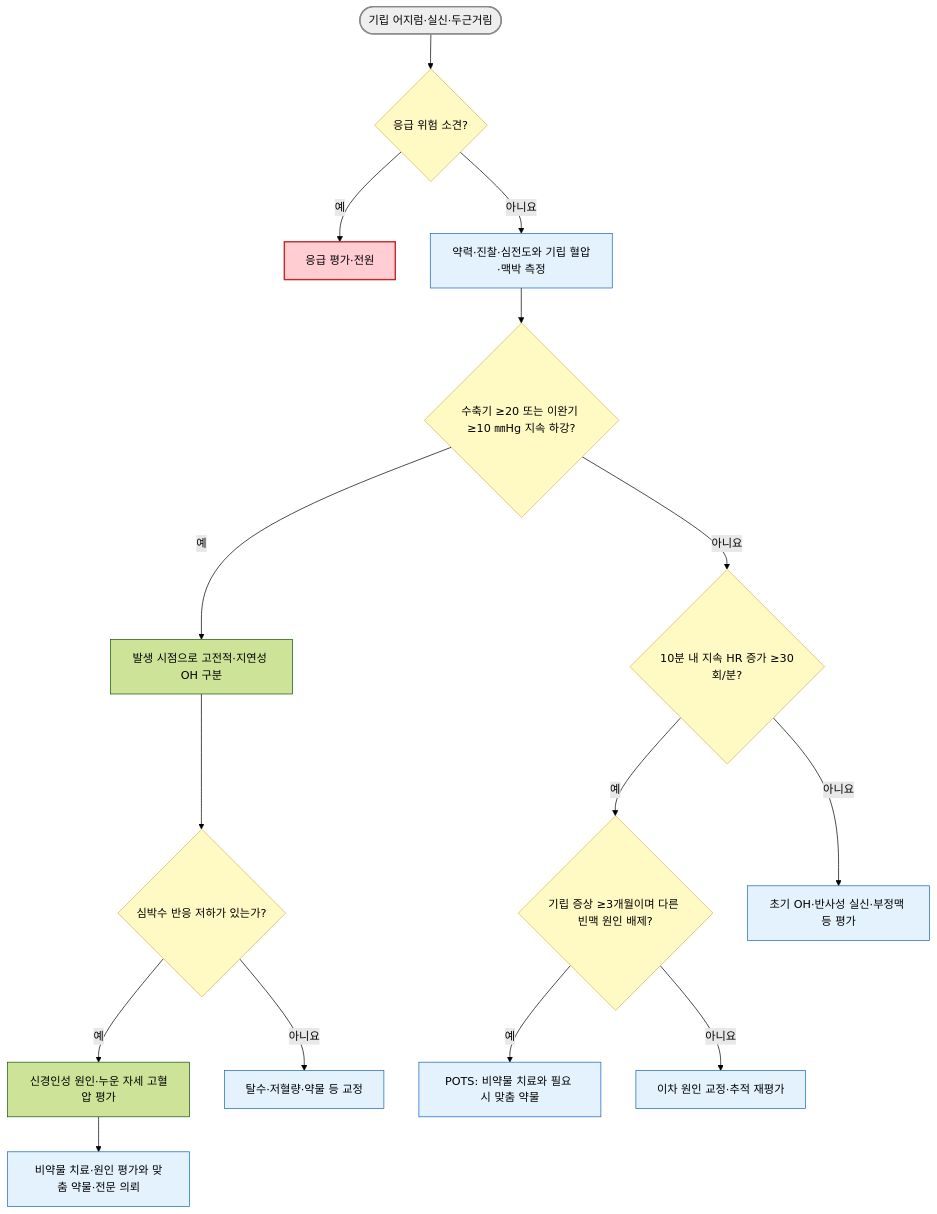
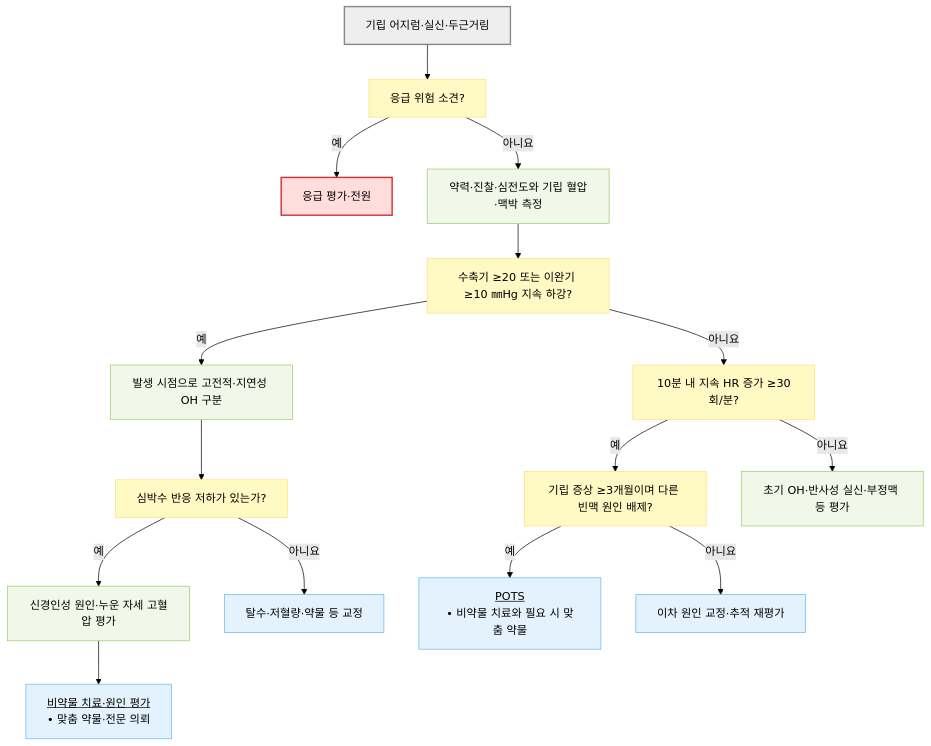
One commit to familyoh77/familyoh77 changed the diagram in 221_/030_-autonomic-dysfunction.md. Above: the diagram before and after it, drawn with Mermaid (forest theme). The commit also changed 17 other files, not shown here.

````diff
--- a/221_/030_-autonomic-dysfunction.md
+++ b/221_/030_-autonomic-dysfunction.md
@@ -231,25 +231,28 @@
 ```mermaid
 flowchart TD
-    S(["기립 어지럼·실신·두근거림"]) --> R{"응급 위험 소견?"}
+    S["기립 어지럼·실신·두근거림"] --> R["응급 위험 소견?"]
     R -- "예" --> E["응급 평가·전원"]
     R -- "아니요" --> M["약력·진찰·심전도와 기립 혈압·맥박 측정"]
-    M --> Q{"수축기 ≥20 또는 이완기 ≥10 ㎜Hg 지속 하강?"}
+    M --> Q["수축기 ≥20 또는 이완기 ≥10 ㎜Hg 지속 하강?"]
     Q -- "예" --> O["발생 시점으로 고전적·지연성 OH 구분"]
-    O --> N{"심박수 반응 저하가 있는가?"}
+    O --> N["심박수 반응 저하가 있는가?"]
     N -- "예" --> A["신경인성 원인·누운 자세 고혈압 평가"]
     N -- "아니요" --> V["탈수·저혈량·약물 등 교정"]
-    A --> AT["비약물 치료·원인 평가와 맞춤 약물·전문 의뢰"]
-    Q -- "아니요" --> P{"10분 내 지속 HR 증가 ≥30회/분?"}
-    P -- "예" --> C{"기립 증상 ≥3개월이며 다른 빈맥 원인 배제?"}
-    C -- "예" --> PT["POTS: 비약물 치료와 필요 시 맞춤 약물"]
+    A --> AT["<u>비약물 치료·원인 평가</u><br/>• 맞춤 약물·전문 의뢰"]
+    Q -- "아니요" --> P["10분 내 지속 HR 증가 ≥30회/분?"]
+    P -- "예" --> C["기립 증상 ≥3개월이며 다른 빈맥 원인 배제?"]
+    C -- "예" --> PT["<u>POTS</u><br/>• 비약물 치료와 필요 시 맞춤 약물"]
     C -- "아니요" --> B["이차 원인 교정·추적 재평가"]
     P -- "아니요" --> D["초기 OH·반사성 실신·부정맥 등 평가"]
-    classDef start fill:#eee,stroke:#888,stroke-width:2px
-    classDef decision fill:#fff9c4,stroke:#d6b656
-    classDef emergency fill:#ffcdd2,stroke:#c62828,stroke-width:2px
-    classDef treatment fill:#e3f2fd,stroke:#1565c0
+
+    classDef start fill:#eeeeee,stroke:#888888,stroke-width:2px
+    classDef question fill:#fff9c4,stroke:#ffe082
+    classDef emergency fill:#ffdddd,stroke:#d32f2f,stroke-width:2px
+    classDef evaluation fill:#f1f8e9,stroke:#9ccc65
+    classDef treatment fill:#e3f2fd,stroke:#64b5f6
     class S start
-    class R,Q,N,P,C decision
+    class R,Q,N,P,C question
     class E emergency
-    class M,V,AT,PT,B,D treatment
+    class M,O,A,D evaluation
+    class V,AT,PT,B treatment
 ```
````
